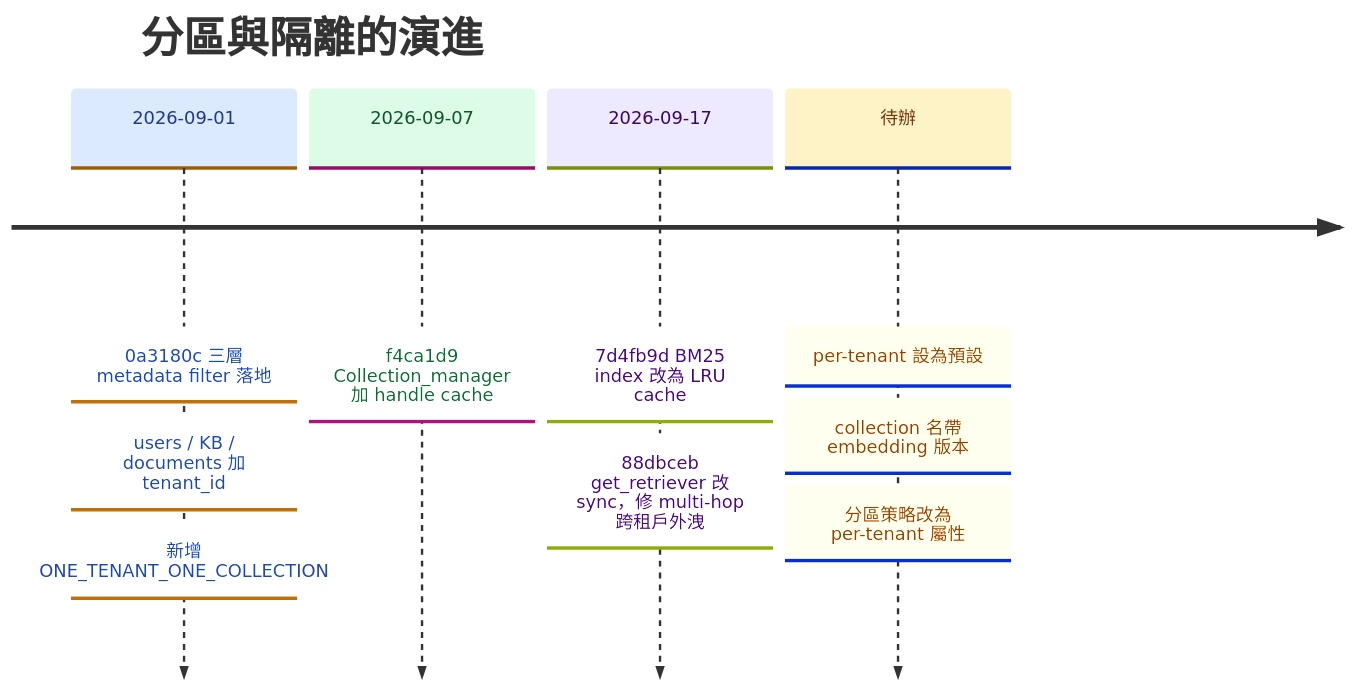
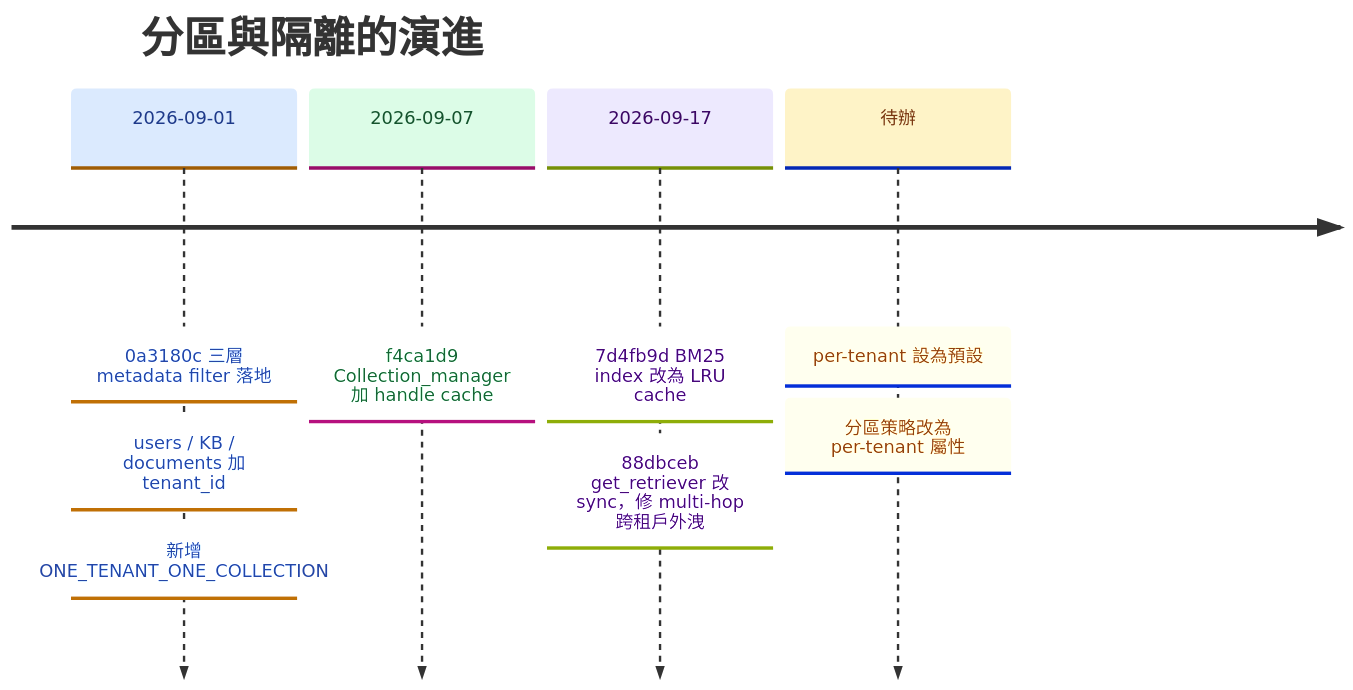
The second of 5 diagrams in docs/vectorstore/vectorstore-collection-partitioning-20261009.md (jltz1207/LoginFastapi), drawn with Mermaid before and after one commit. The commit also changed other lines of this file and 7 other files, not shown here.

First line of the commit message:
refactor vector store: add embedding version to collection names (Phase 5)

````diff
--- a/docs/vectorstore/vectorstore-collection-partitioning-20261009.md
+++ b/docs/vectorstore/vectorstore-collection-partitioning-20261009.md
@@ -29,21 +29,20 @@
 ```mermaid
 %%{init: {'theme': 'base', 'themeVariables': {
   'fontSize': '15px',
   'lineColor': '#64748b',
   'cScale0': '#dbeafe', 'cScaleLabel0': '#1e3a8a',
   'cScale1': '#dcfce7', 'cScaleLabel1': '#14532d',
   'cScale2': '#ede9fe', 'cScaleLabel2': '#3b0764',
   'cScale3': '#fef3c7', 'cScaleLabel3': '#78350f'
 }}}%%
 timeline
     title 分區與隔離的演進
     2026-09-01 : 0a3180c 三層 metadata filter 落地
                : users / KB / documents 加 tenant_id
                : 新增 ONE_TENANT_ONE_COLLECTION
     2026-09-07 : f4ca1d9 Collection_manager 加 handle cache
     2026-09-17 : 7d4fb9d BM25 index 改為 LRU cache
                : 88dbceb get_retriever 改 sync，修 multi-hop 跨租戶外洩
     待辦       : per-tenant 設為預設
-               : collection 名帶 embedding 版本
                : 分區策略改為 per-tenant 屬性
 ```
````
